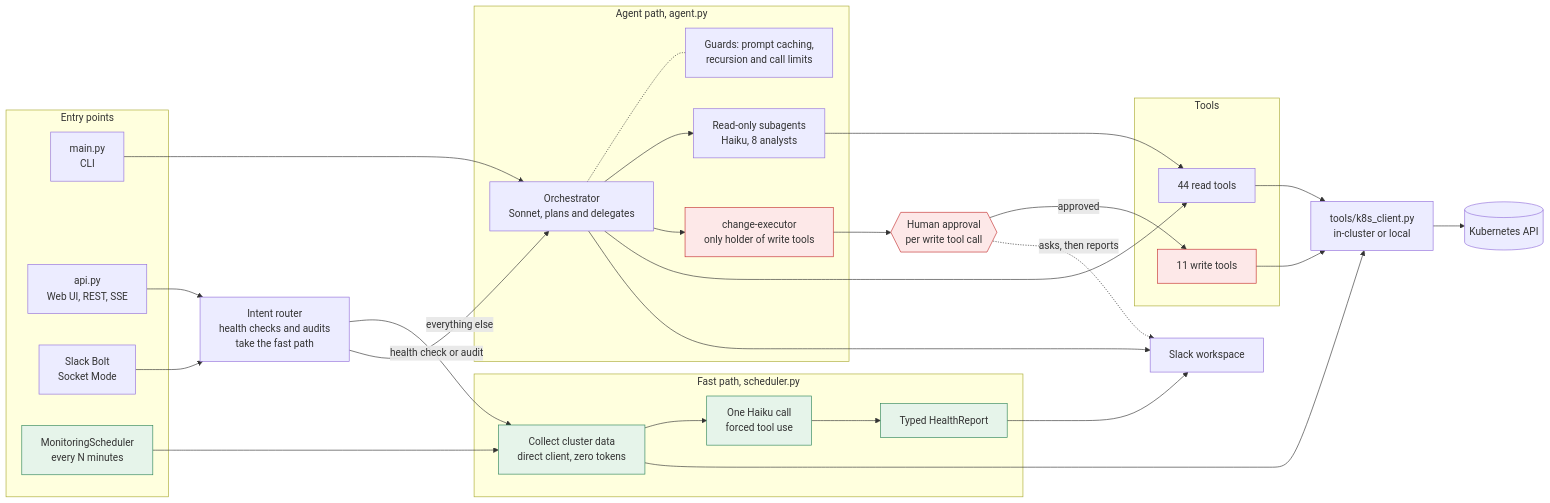
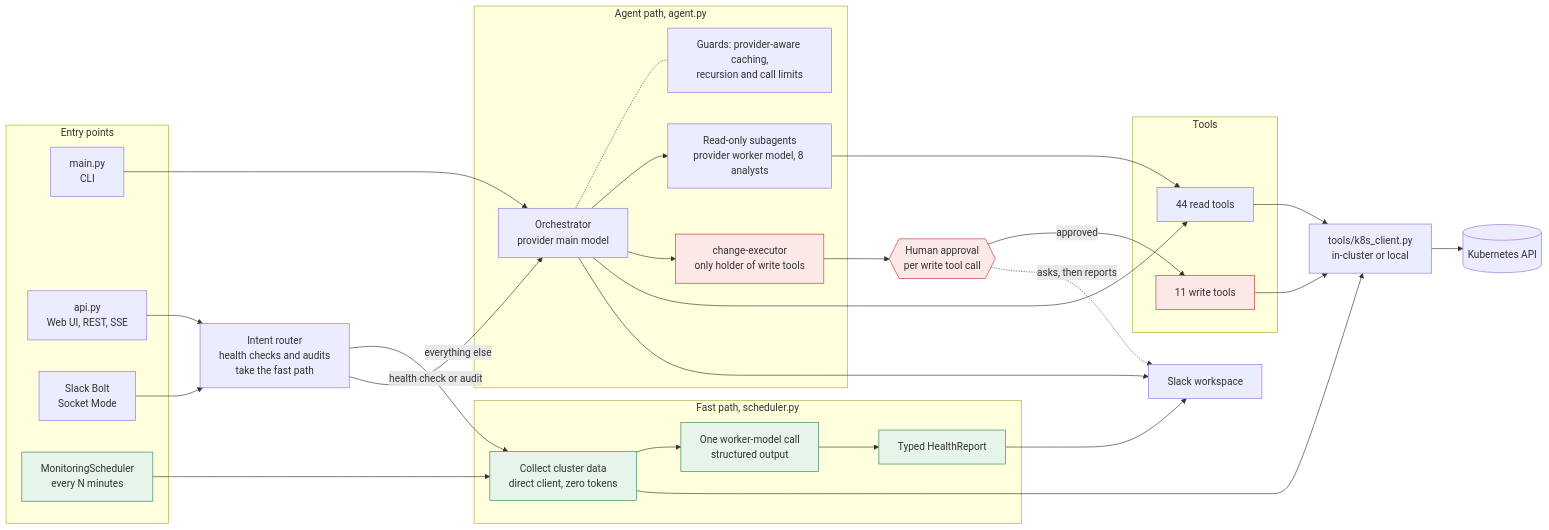
One commit to jonfairbanks/sre-agent changed the first of 5 diagrams in docs/architecture.md. Above: the diagram before and after it, drawn with Mermaid. The commit also changed other lines of this file and 47 other files, not shown here.

````diff
--- a/docs/architecture.md
+++ b/docs/architecture.md
@@ -23,66 +23,66 @@
 ```mermaid
 flowchart LR
     subgraph entry["Entry points"]
         CLI["main.py<br/>CLI"]
         WEB["api.py<br/>Web UI, REST, SSE"]
         BOLT["Slack Bolt<br/>Socket Mode"]
         SCHED["MonitoringScheduler<br/>every N minutes"]
     end
 
     ROUTER["Intent router<br/>health checks and audits<br/>take the fast path"]
 
     subgraph fast["Fast path, scheduler.py"]
         COLLECT["Collect cluster data<br/>direct client, zero tokens"]
-        HAIKU["One Haiku call<br/>forced tool use"]
+        WORKER["One worker-model call<br/>structured output"]
         REPORT["Typed HealthReport"]
     end
 
     subgraph agent["Agent path, agent.py"]
-        ORCH["Orchestrator<br/>Sonnet, plans and delegates"]
-        LIM["Guards: prompt caching,<br/>recursion and call limits"]
-        RO["Read-only subagents<br/>Haiku, 8 analysts"]
+        ORCH["Orchestrator<br/>provider main model"]
+        LIM["Guards: provider-aware caching,<br/>recursion and call limits"]
+        RO["Read-only subagents<br/>provider worker model, 8 analysts"]
         CE["change-executor<br/>only holder of write tools"]
     end
 
     GATE{{"Human approval<br/>per write tool call"}}
 
     subgraph toolset["Tools"]
         RT["44 read tools"]
         WT["11 write tools"]
     end
 
     K8C["tools/k8s_client.py<br/>in-cluster or local"]
     K8S[("Kubernetes API")]
     SLK["Slack workspace"]
 
     CLI --> ORCH
     WEB --> ROUTER
     BOLT --> ROUTER
     SCHED --> COLLECT
     ROUTER -->|"health check or audit"| COLLECT
     ROUTER -->|"everything else"| ORCH
 
-    COLLECT --> HAIKU
-    HAIKU --> REPORT
+    COLLECT --> WORKER
+    WORKER --> REPORT
     REPORT --> SLK
 
     ORCH -.- LIM
     ORCH --> RO
     ORCH --> CE
     ORCH --> RT
     RO --> RT
     CE --> GATE
     GATE -->|"approved"| WT
     GATE -.->|"asks, then reports"| SLK
     ORCH --> SLK
 
     COLLECT --> K8C
     RT --> K8C
     WT --> K8C
     K8C --> K8S
 
     classDef bounded fill:#e6f4ea,stroke:#2f855a
     classDef write fill:#fde8e8,stroke:#c53030
-    class COLLECT,HAIKU,REPORT,SCHED bounded
+    class COLLECT,WORKER,REPORT,SCHED bounded
     class CE,GATE,WT write
 ```
````
